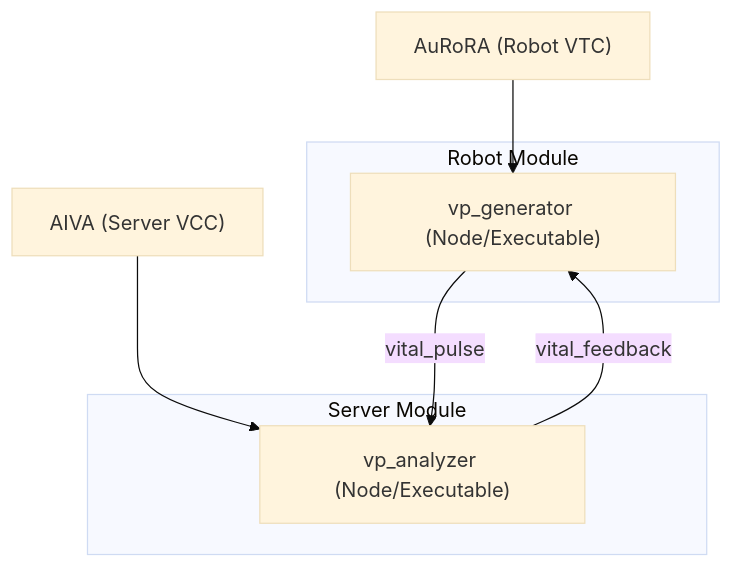
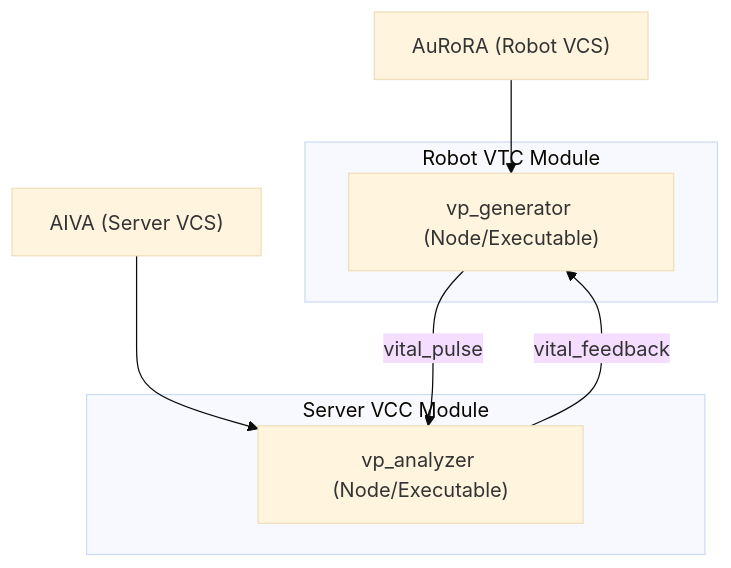
The diagram in VCS.md (OppaAI/AGi), drawn with Mermaid (base theme) before and after one commit.

Commit message:
Update VCS.md with new system diagram labels

`````diff
--- a/VCS.md
+++ b/VCS.md
@@ -53,20 +53,20 @@
 ```mermaid
 flowchart TD
-    Robot["AuRoRA (Robot VTC)"]
-    Server["AIVA (Server VCC)"]
+    Robot["AuRoRA (Robot VCS)"]
+    Server["AIVA (Server VCS)"]
 
-    subgraph RobotModule ["Robot Module"]
+    subgraph RobotModule ["Robot VTC Module"]
         vp_generator["vp_generator (Node/Executable)"]
     end
 
-    subgraph ServerModule ["Server Module"]
+    subgraph ServerModule ["Server VCC Module"]
         vp_analyzer["vp_analyzer (Node/Executable)"]
     end
 
     Robot --> vp_generator
     Server --> vp_analyzer
 
     vp_generator -->|vital_pulse| vp_analyzer
     vp_analyzer -->|vital_feedback| vp_generator
 
 ````
`````
